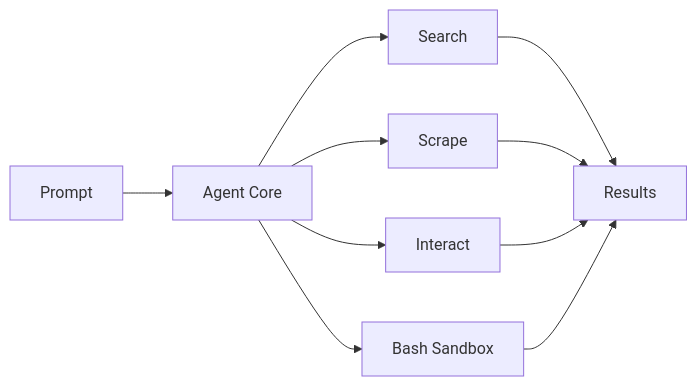
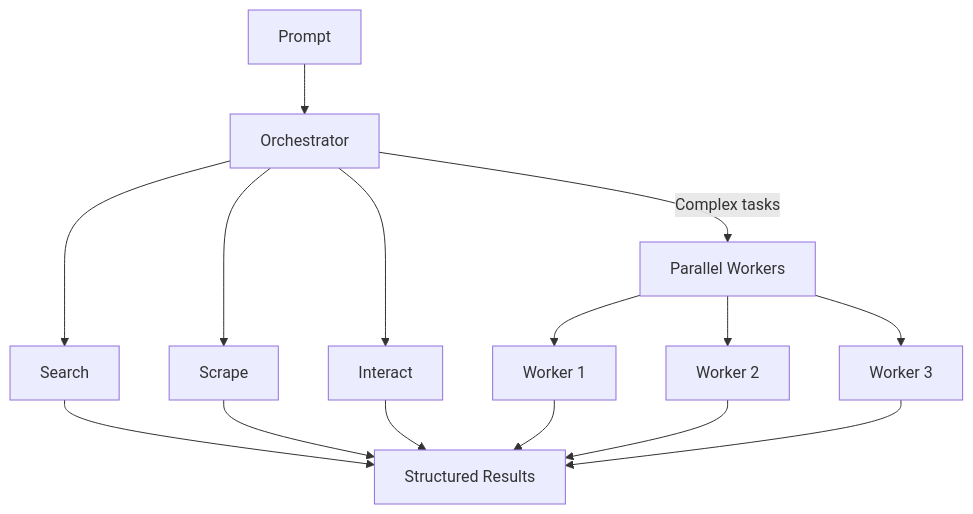
Before and after one commit to AliceBowRyhl/web-agent: the diagram in README.md, drawn with Mermaid. The commit also changed other lines of this file, not shown here.

````diff
--- a/README.md
+++ b/README.md
@@ -74,12 +36,17 @@
 ```mermaid
-graph LR
-    A[Prompt] --> B[Agent Core]
+graph TD
+    A[Prompt] --> B[Orchestrator]
     B --> C[Search]
     B --> D[Scrape]
     B --> E[Interact]
-    B --> F[Bash Sandbox]
-    C --> G[Results]
-    D --> G
-    E --> G
-    F --> G
+    B -->|Complex tasks| F[Parallel Workers]
+    F --> G[Worker 1]
+    F --> H[Worker 2]
+    F --> I[Worker 3]
+    C --> J[Structured Results]
+    D --> J
+    E --> J
+    G --> J
+    H --> J
+    I --> J
 ```
````
